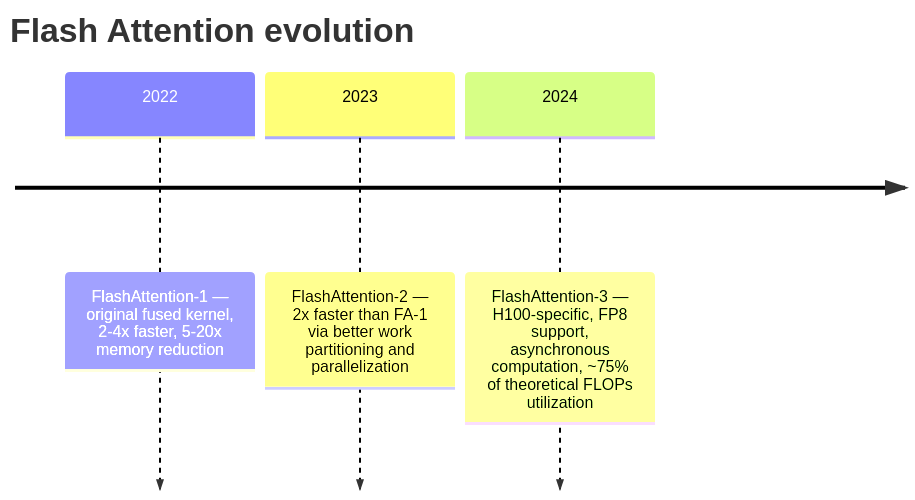
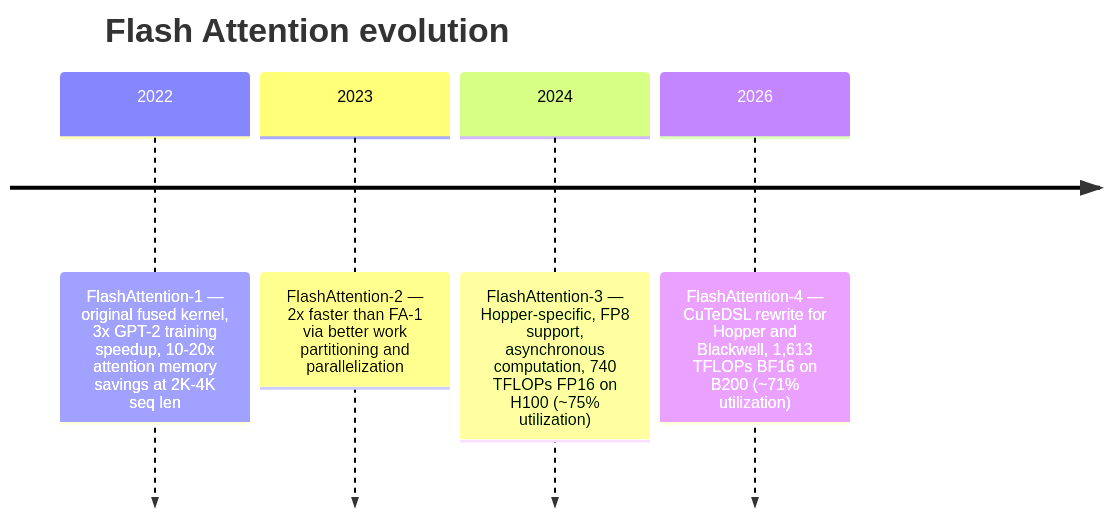
One commit to rppol/system-design changed the first of 4 diagrams in src/main/java/com/rutik/systemdesign/llm/optimization_and_quantization/README.md. Above: the diagram before and after it, drawn with Mermaid. The commit also changed other lines of this file and 42 other files, not shown here.

````diff
--- a/src/main/java/com/rutik/systemdesign/llm/optimization_and_quantization/README.md
+++ b/src/main/java/com/rutik/systemdesign/llm/optimization_and_quantization/README.md
@@ -717,7 +724,8 @@
 ```mermaid
 timeline
     title Flash Attention evolution
-    2022 : FlashAttention-1 — original fused kernel, 2-4x faster, 5-20x memory reduction
+    2022 : FlashAttention-1 — original fused kernel, 3x GPT-2 training speedup, 10-20x attention memory savings at 2K-4K seq len
     2023 : FlashAttention-2 — 2x faster than FA-1 via better work partitioning and parallelization
-    2024 : FlashAttention-3 — H100-specific, FP8 support, asynchronous computation, ~75% of theoretical FLOPs utilization
+    2024 : FlashAttention-3 — Hopper-specific, FP8 support, asynchronous computation, 740 TFLOPs FP16 on H100 (~75% utilization)
+    2026 : FlashAttention-4 — CuTeDSL rewrite for Hopper and Blackwell, 1,613 TFLOPs BF16 on B200 (~71% utilization)
 ```
````
